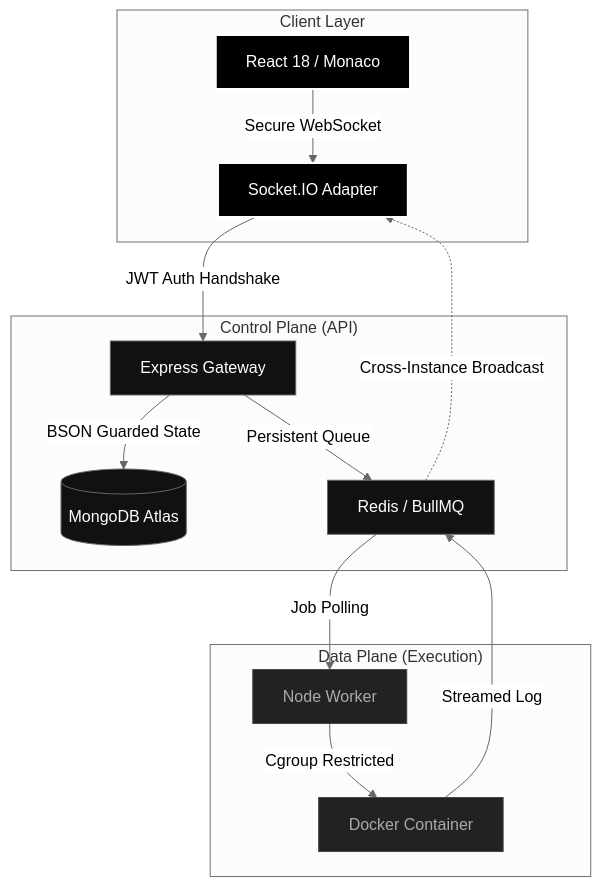
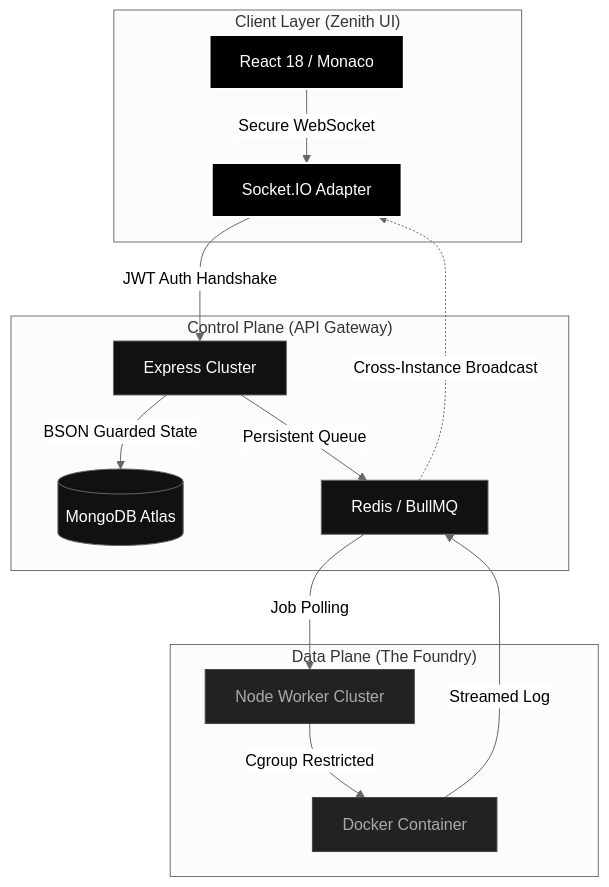
The diagram in README.md (syedmukheeth/SAM-Compiler), drawn with Mermaid (neutral theme) before and after one commit. The commit also changed other lines of this file and 2 other files, not shown here.

Commit message:
docs: upgrade documentation suite to v6.0 Zenith standards

````diff
--- a/README.md
+++ b/README.md
@@ -64,24 +56,24 @@
 ```mermaid
 graph TD
     classDef interface fill:#000,stroke:#fff,stroke-width:2px,color:#fff;
     classDef control fill:#111,stroke:#666,stroke-width:1px,color:#fff;
     classDef data fill:#222,stroke:#444,stroke-width:1px,color:#aaa;
 
-    subgraph ClientLayer ["Client Layer"]
+    subgraph ClientLayer ["Client Layer (Zenith UI)"]
         UI["React 18 / Monaco"]:::interface -->|Secure WebSocket| Sock["Socket.IO Adapter"]:::interface
     end
 
-    subgraph ControlPlane ["Control Plane (API)"]
-        Sock -->|JWT Auth Handshake| Hub["Express Gateway"]:::control
+    subgraph ControlPlane ["Control Plane (API Gateway)"]
+        Sock -->|JWT Auth Handshake| Hub["Express Cluster"]:::control
         Hub -->|BSON Guarded State| DB[(MongoDB Atlas)]:::control
         Hub -->|Persistent Queue| Redis["Redis / BullMQ"]:::control
     end
 
-    subgraph DataPlane ["Data Plane (Execution)"]
-        Redis -->|Job Polling| Worker["Node Worker"]:::data
+    subgraph DataPlane ["Data Plane (The Foundry)"]
+        Redis -->|Job Polling| Worker["Node Worker Cluster"]:::data
         Worker -->|Cgroup Restricted| Exec["Docker Container"]:::data
         Exec -->|Streamed Log| Redis
     end
 
     Redis -.->|Cross-Instance Broadcast| Sock
 ```
````
